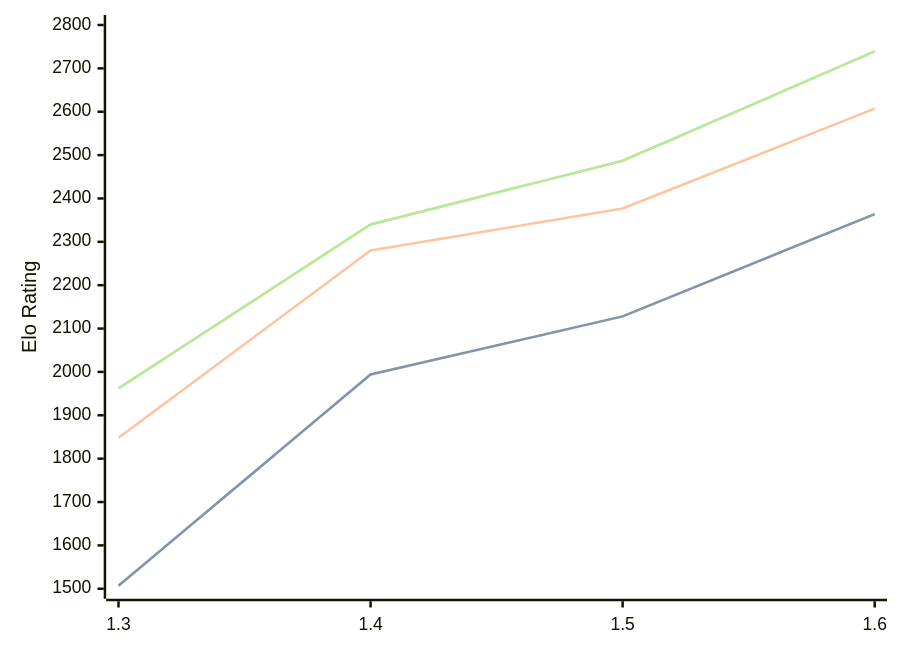
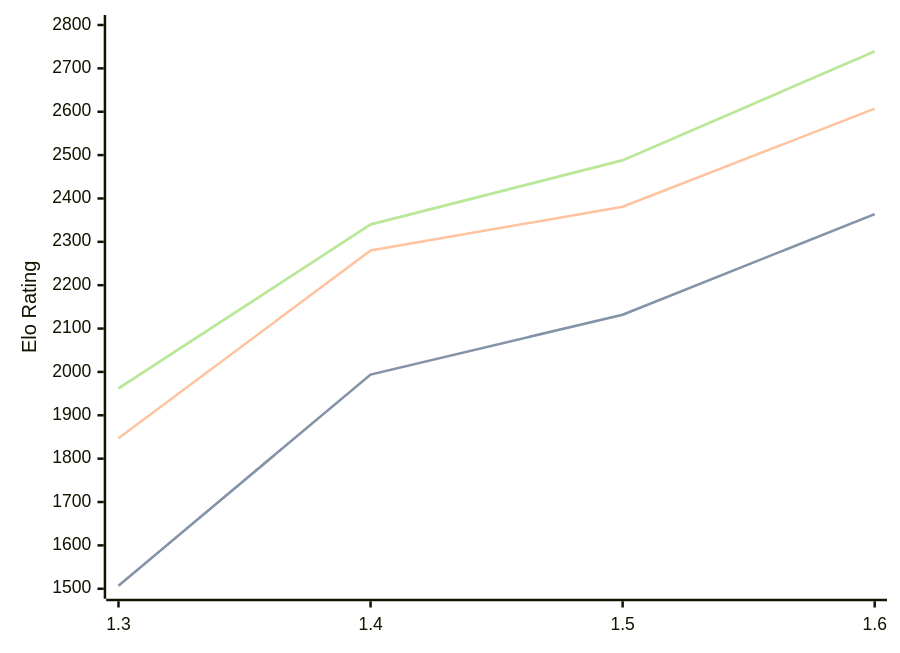
One commit to computer-chess-index/cci changed the diagram in engines/Facon.md. Above: the diagram before and after it, drawn with Mermaid. The commit also changed other lines of this file, not shown here.

Commit message:
Update CCI Ratings (ELO VLTC) - 2026-08-17

````diff
--- a/engines/Facon.md
+++ b/engines/Facon.md
@@ -35,11 +35,11 @@
 ```mermaid
 %%{init: {"theme":"base","themeVariables":{"seriesColors:['#a3a3a3','#222221','#faa371']}}}%%
 xychart-beta
   x-axis ["1.3", "1.4", "1.5", "1.6"]
   y-axis "Elo Rating" 1500 --> 2800
-  line "STC (8.0+0.08s)" [1507, 1994, 2128, 2364]
-  line "STC (8.0+0.08s)" [1507, 1994, 2128, 2364]
-  line "LTC (60.0+0.60s)" [1848, 2280, 2377, 2607]
-  line "VLTC (2m24s+1.12s)" [1962, 2340, 2487, 2739]
-  line "VLTC (2m24s+1.12s)" [1962, 2340, 2487, 2739]
+  line "STC (8.0+0.08s)" [1507, 1994, 2132, 2364]
+  line "STC (8.0+0.08s)" [1507, 1994, 2132, 2364]
+  line "LTC (60.0+0.60s)" [1847, 2280, 2381, 2607]
+  line "VLTC (2m24s+1.12s)" [1962, 2340, 2488, 2739]
+  line "VLTC (2m24s+1.12s)" [1962, 2340, 2488, 2739]
 ```
````
